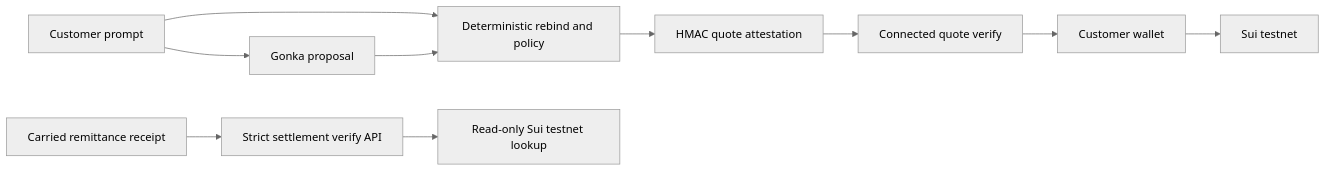
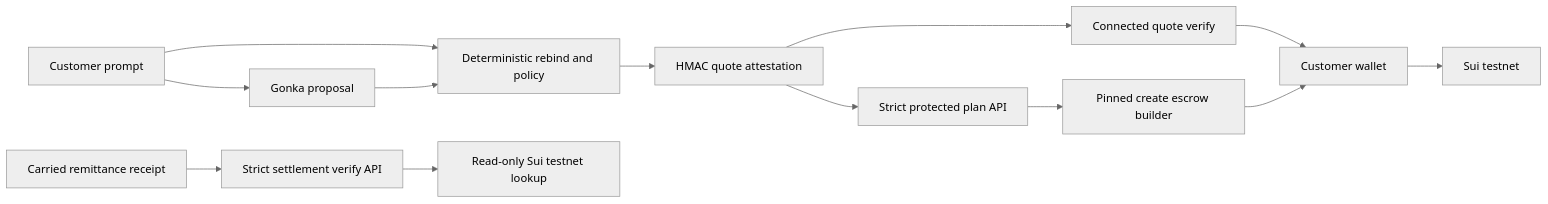
Before and after one commit to MUBA-Hack/convey-sui: the second of 4 diagrams in README.md, drawn with Mermaid (neutral theme). The commit also changed other lines of this file and 12 other files, not shown here.

````diff
--- a/README.md
+++ b/README.md
@@ -477,19 +502,22 @@
 ```mermaid
 flowchart LR
   Prompt["Customer prompt"]
   Gonka["Gonka proposal"]
   Resolve["Deterministic rebind and policy"]
   Hmac["HMAC quote attestation"]
   Verify["Connected quote verify"]
+  ProtectedPlan["Strict protected plan API"]
+  ProtectedBuild["Pinned create escrow builder"]
   Wallet["Customer wallet"]
   Sui["Sui testnet"]
   CarriedReceipt["Carried remittance receipt"]
   SettlementVerifyAPI["Strict settlement verify API"]
   SuiRead["Read-only Sui testnet lookup"]
 
   Prompt --> Gonka
   Prompt --> Resolve
   Gonka --> Resolve
   Resolve --> Hmac --> Verify --> Wallet --> Sui
+  Hmac --> ProtectedPlan --> ProtectedBuild --> Wallet
   CarriedReceipt --> SettlementVerifyAPI --> SuiRead
 ```
````
